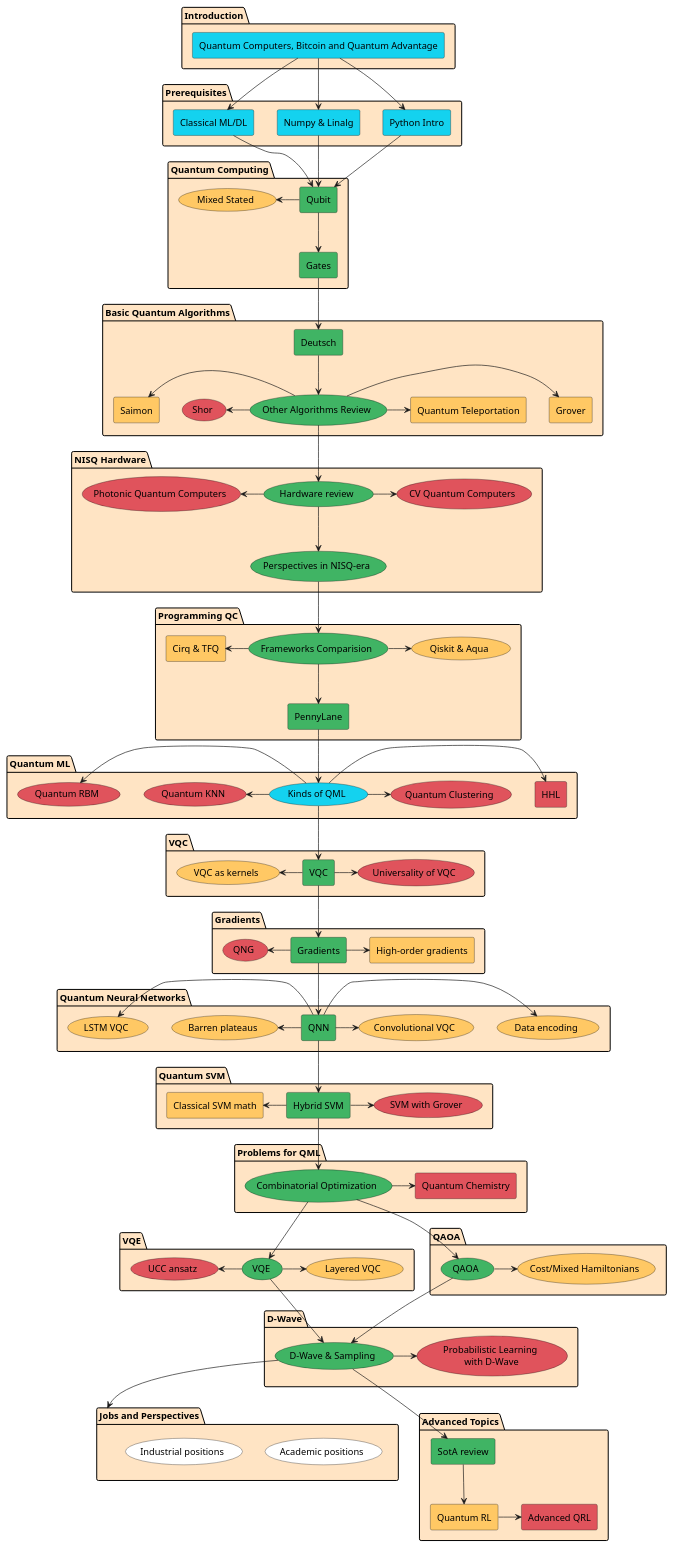
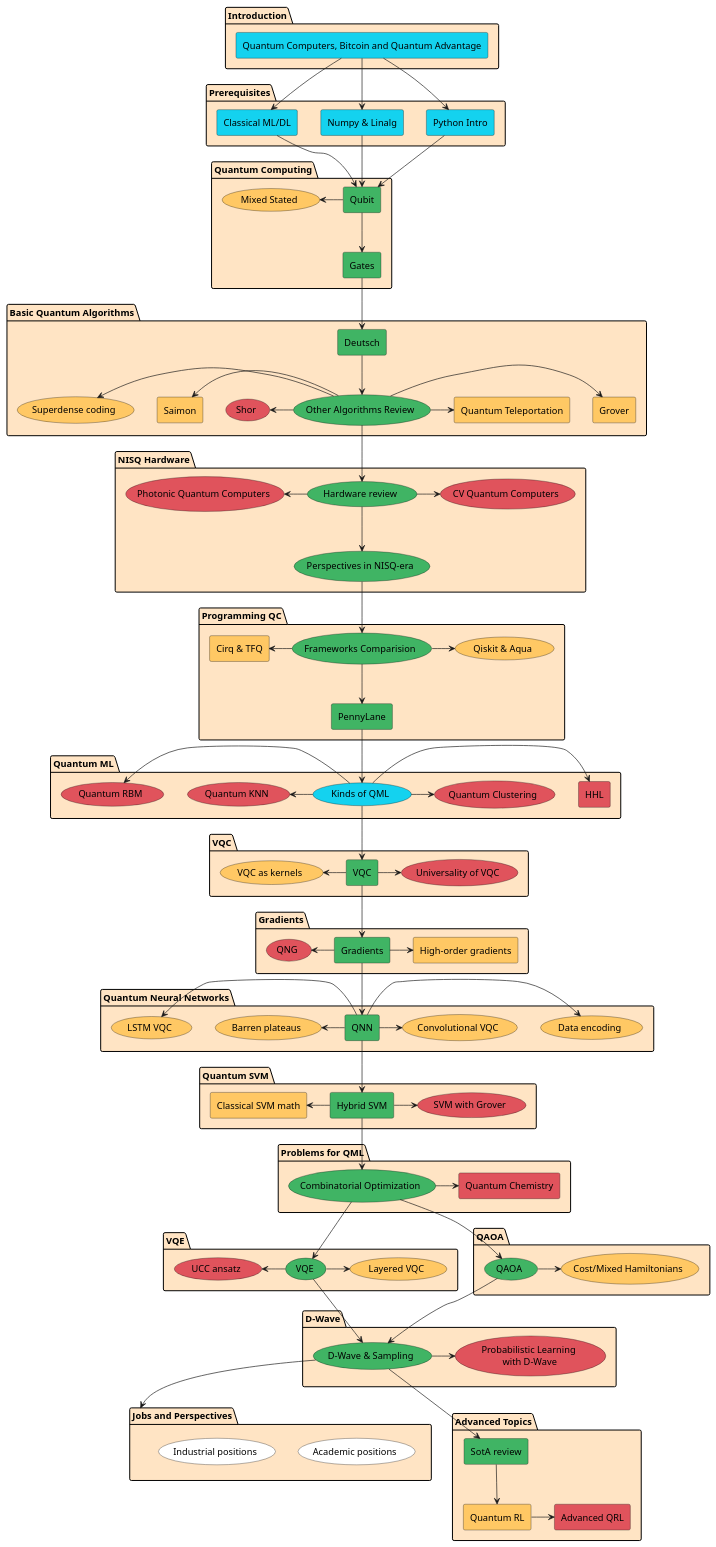
Before and after one commit to quantum-ods/qmlcourse: the diagram in qmlcourseRU/_static/index/program.plantuml, drawn with PlantUML. The commit also changed 1 other file, not shown here.

Commit message:
inserting a lecture on superdense coding into a course diagram

```diff
--- a/qmlcourseRU/_static/index/program.plantuml
+++ b/qmlcourseRU/_static/index/program.plantuml
@@ -1,180 +1,182 @@
 @startuml
 package "Introduction" #Bisque {
         rectangle "Quantum Computers, Bitcoin and Quantum Advantage" as intro1 #14D2EF
 }
 
 package "Prerequisites" #Bisque {
         rectangle "Python Intro" as python #14D2EF
         rectangle "Numpy & Linalg" as numpy #14D2EF
         rectangle "Classical ML/DL" as ml #14D2EF
 }
 
 package "Quantum Computing" as qci #Bisque {
         rectangle "Qubit" as qubit #40B464
         rectangle "Gates" as gates #40B464
         usecase "Mixed Stated" as mixed #FFC864
 }
 
 package "Basic Quantum Algorithms" as qalgo #Bisque {
         rectangle "Deutsch" as deutsch #40B464
         usecase "Other Algorithms Review" as advanced_algos #40B464
         rectangle "Grover" as grover #FFC864
         rectangle "Quantum Teleportation" as qtp #FFC864
         rectangle "Saimon" as saimon #FFC864
         usecase "Shor" as shor #E0535C
+        usecase "Superdense coding" as superdense_coding #FFC864
 }
 
 package "NISQ Hardware" #Bisque {
         usecase "Hardware review" as review #40B464
         usecase "Perspectives in NISQ-era" as nisq #40B464
         usecase "Photonic Quantum Computers" as photonic #E0535C
         usecase "CV Quantum Computers" as cvq #E0535C
 }
 
 package "Programming QC" #Bisque {
         usecase "Frameworks Comparision" as progcomparision #40B464
         rectangle "PennyLane" as pennylane #40B464
         usecase "Qiskit & Aqua" as qiskit #FFC864
         rectangle "Cirq & TFQ" as cirq #FFC864
 }
 
 package "Quantum ML" #Bisque {
         usecase "Kinds of QML" as qml_general #14D2EF
         rectangle "HHL" as hhl #E0535C
         usecase "Quantum KNN" as qknn #E0535C
         usecase "Quantum Clustering" as qclustering #E0535C
         usecase "Quantum RBM" as qrbm #E0535C
 }
 
 package "VQC" #Bisque {
         rectangle "VQC" as vqc #40B464
         usecase "VQC as kernels" as kernelvqc #FFC864
         usecase "Universality of VQC" as univvqc #E0535C
 }
 
 package "Gradients" #Bisque {
         rectangle "Gradients" as grad #40B464
         rectangle "High-order gradients" as hograd #FFC864
         usecase "QNG" as qng #E0535C
 }
 
 package "Quantum Neural Networks" #Bisque {
         rectangle "QNN" as qnn #40B464
         usecase "Barren plateaus" as barren #FFC864
         usecase "Data encoding" as encoding #FFC864
         usecase "Convolutional VQC" as convvqc #FFC864
         usecase "LSTM VQC" as lstm #FFC864
 }
 
 package "Quantum SVM" #Bisque {
         rectangle "Hybrid SVM" as hsvm #40B464
         rectangle "Classical SVM math" as csvm #FFC864
         usecase "SVM with Grover" as gsvm #E0535C
 }
 
 package "Problems for QML" #Bisque {
         usecase "Combinatorial Optimization" as copt #40B464
         rectangle "Quantum Chemistry" as qchem #E0535C
 }
 
 package "VQE" #Bisque {
         usecase "VQE" as vqe #40B464
         usecase "Layered VQC" as lvqe #FFC864
         usecase "UCC ansatz" as uuc #E0535C
 }
 
 package "QAOA" #Bisque {
         usecase "QAOA" as qaoa #40B464
         usecase "Cost/Mixed Hamiltonians" as hams #FFC864
 }
 
 package "D-Wave" #Bisque {
         usecase "D-Wave & Sampling" as dwave #40B464
         usecase "Probabilistic Learning\n with D-Wave" as probml #E0535C
 }
 
 package "Jobs and Perspectives" as jobs #Bisque {
         usecase "Academic positions" as academic #White
         usecase "Industrial positions" as industrial #White
 }
 
 package "Advanced Topics" as adv #Bisque {
         rectangle "SotA review" as sota #40B464
         rectangle "Quantum RL" as qrl #FFC864
         rectangle "Advanced QRL" as aqrl #E0535C
 }
 
 intro1 --> python
 intro1 --> numpy
 intro1 --> ml
 
 python --> qubit
 numpy --> qubit
 ml --> qubit
 
 qubit --> gates
 mixed <- qubit
 gates --> deutsch
 
 deutsch --> advanced_algos
 advanced_algos -> grover
 shor <- advanced_algos
 advanced_algos -> qtp
 saimon <- advanced_algos
+superdense_coding <- advanced_algos
 
 advanced_algos --> review
 review --> nisq
 photonic <- review
 review -> cvq
 
 nisq --> progcomparision
 progcomparision --> pennylane
 cirq <- progcomparision
 progcomparision -> qiskit
 
 pennylane --> qml_general
 
 qml_general -> hhl
 qknn <- qml_general
 qml_general -> qclustering
 qrbm <- qml_general
 
 qml_general --> vqc
 kernelvqc <- vqc
 vqc -> univvqc
 
 vqc --> grad
 qng <- grad
 grad -> hograd
 
 grad --> qnn
 barren <- qnn
 qnn -> encoding
 lstm <- qnn
 qnn -> convvqc
 
 qnn --> hsvm
 csvm <- hsvm
 hsvm -> gsvm
 
 hsvm --> copt
 copt -> qchem
 
 copt --> vqe
 uuc <- vqe
 vqe -> lvqe
 
 copt --> qaoa
 qaoa -> hams
 
 qaoa --> dwave
 vqe --> dwave
 dwave -> probml
 
 dwave --> jobs
 
 dwave --> sota
 sota --> qrl
 qrl -> aqrl
 
 @enduml
```
